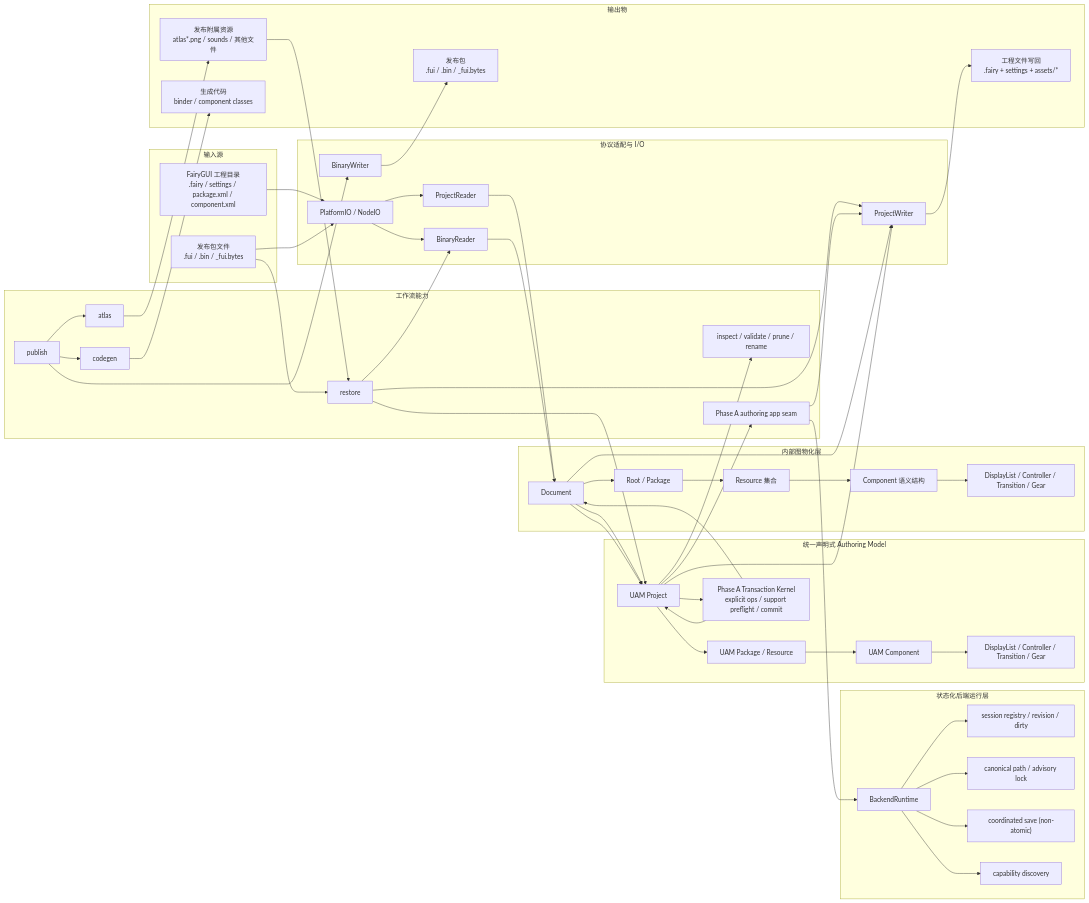
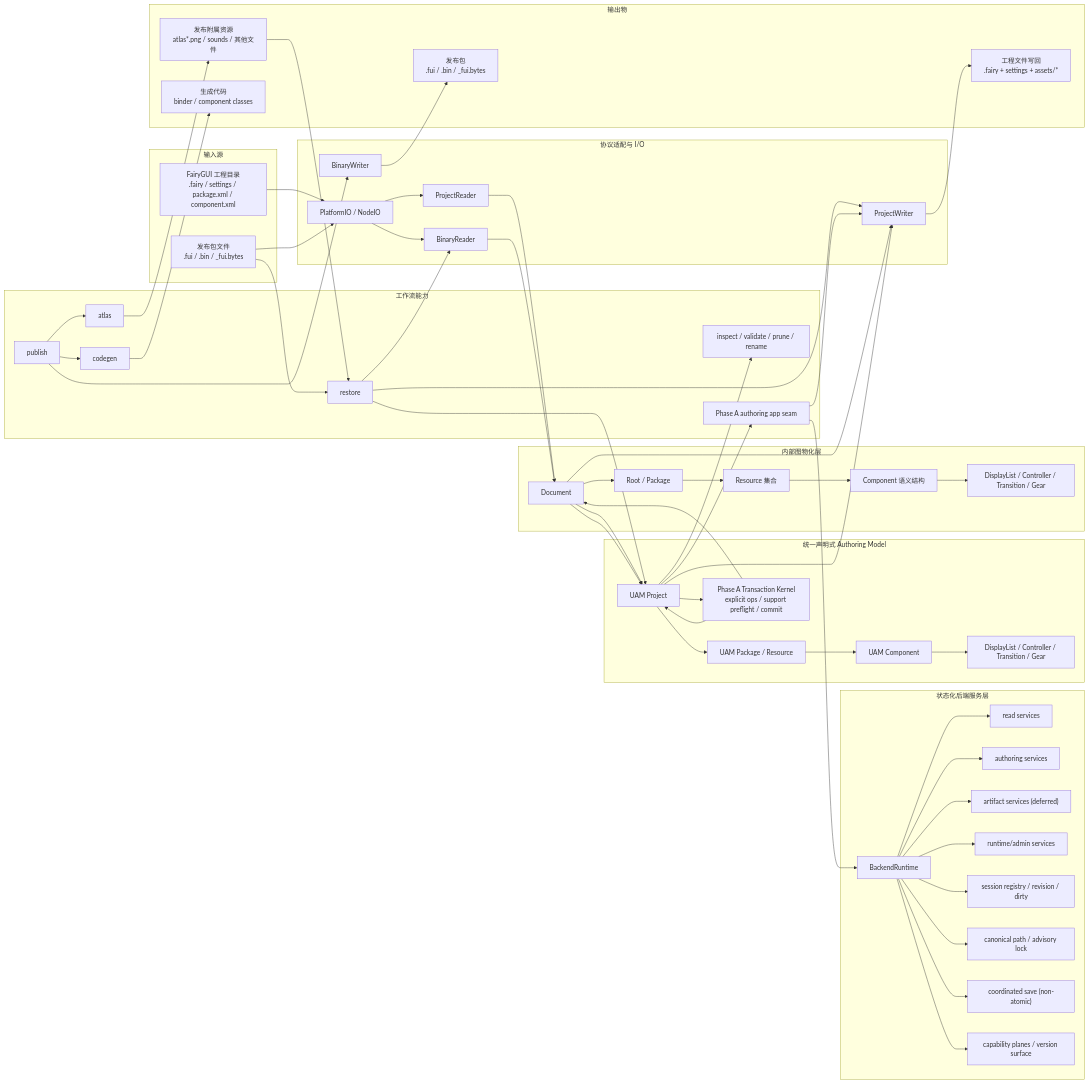
The first of 2 diagrams in docs/architecture-overview.md (OpenFairyGUI/OpenFairyGUI), drawn with Mermaid before and after one commit. The commit also changed other lines of this file and 20 other files, not shown here.

First line of the commit message:
feat: refactor backend runtime to separate concerns into distinct services

```diff
--- a/docs/architecture-overview.md
+++ b/docs/architecture-overview.md
@@ -46,12 +49,16 @@
         CG["codegen"]
     end
 
-    subgraph BE["状态化后端运行层"]
+    subgraph BE["状态化后端服务层"]
         RT["BackendRuntime"]
+        RS["read services"]
+        AS["authoring services"]
+        AR["artifact services (deferred)"]
+        RU["runtime/admin services"]
         SS["session registry / revision / dirty"]
         LK["canonical path / advisory lock"]
         SV["coordinated save (non-atomic)"]
-        CAP["capability discovery"]
+        CAP["capability planes / version surface"]
     end
 
     subgraph OUT["输出物"]
@@ -74,6 +81,10 @@
     UPROJECT --> OPS
     UPROJECT --> APP
     APP --> RT
+    RT --> RS
+    RT --> AS
+    RT --> AR
+    RT --> RU
     RT --> SS
     RT --> LK
     RT --> SV
```
